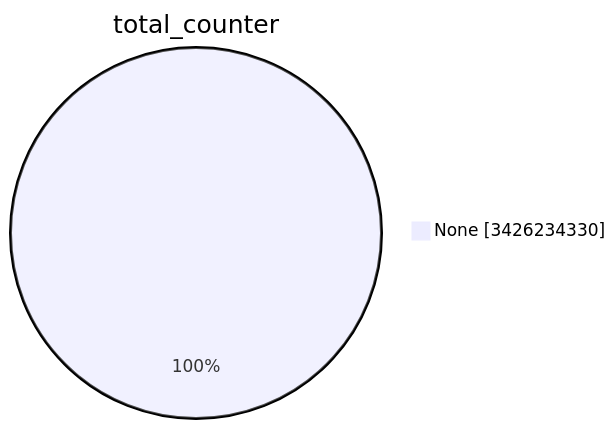
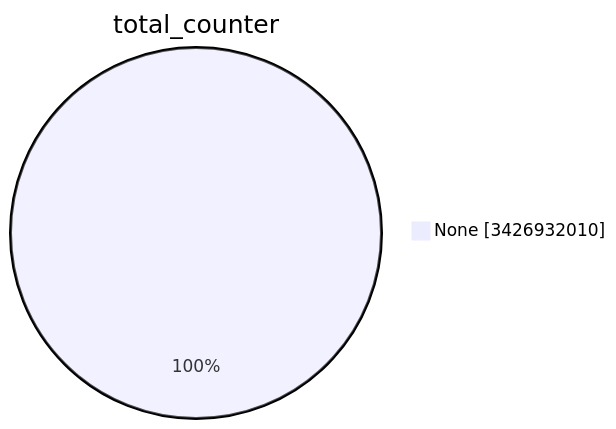
The first of 15 diagrams in TOTAL/README.md (christiankrug/ctmonitor_visualization), drawn with Mermaid before and after one commit. The commit also changed other lines of this file, not shown here.

````diff
--- a/TOTAL/README.md
+++ b/TOTAL/README.md
@@ -1,5 +1,5 @@
 ```mermaid
 pie showData
 title total_counter
-"None" :3426234330
+"None" :3426932010
 ```
````
